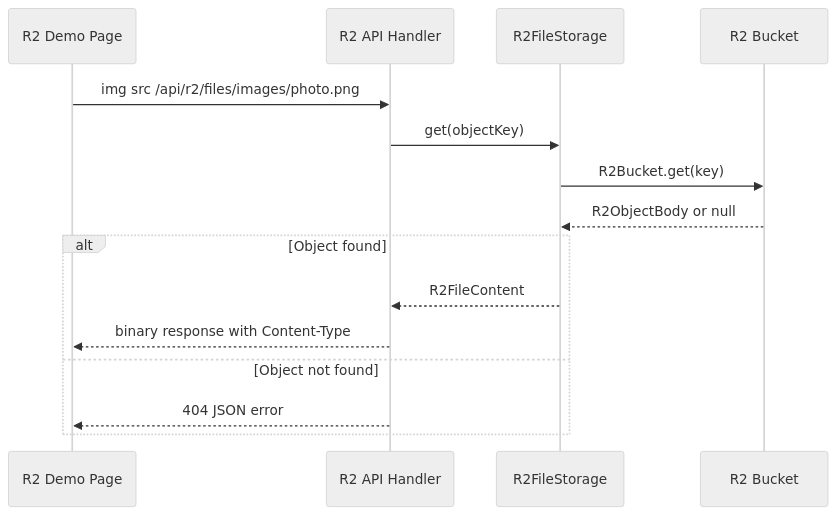
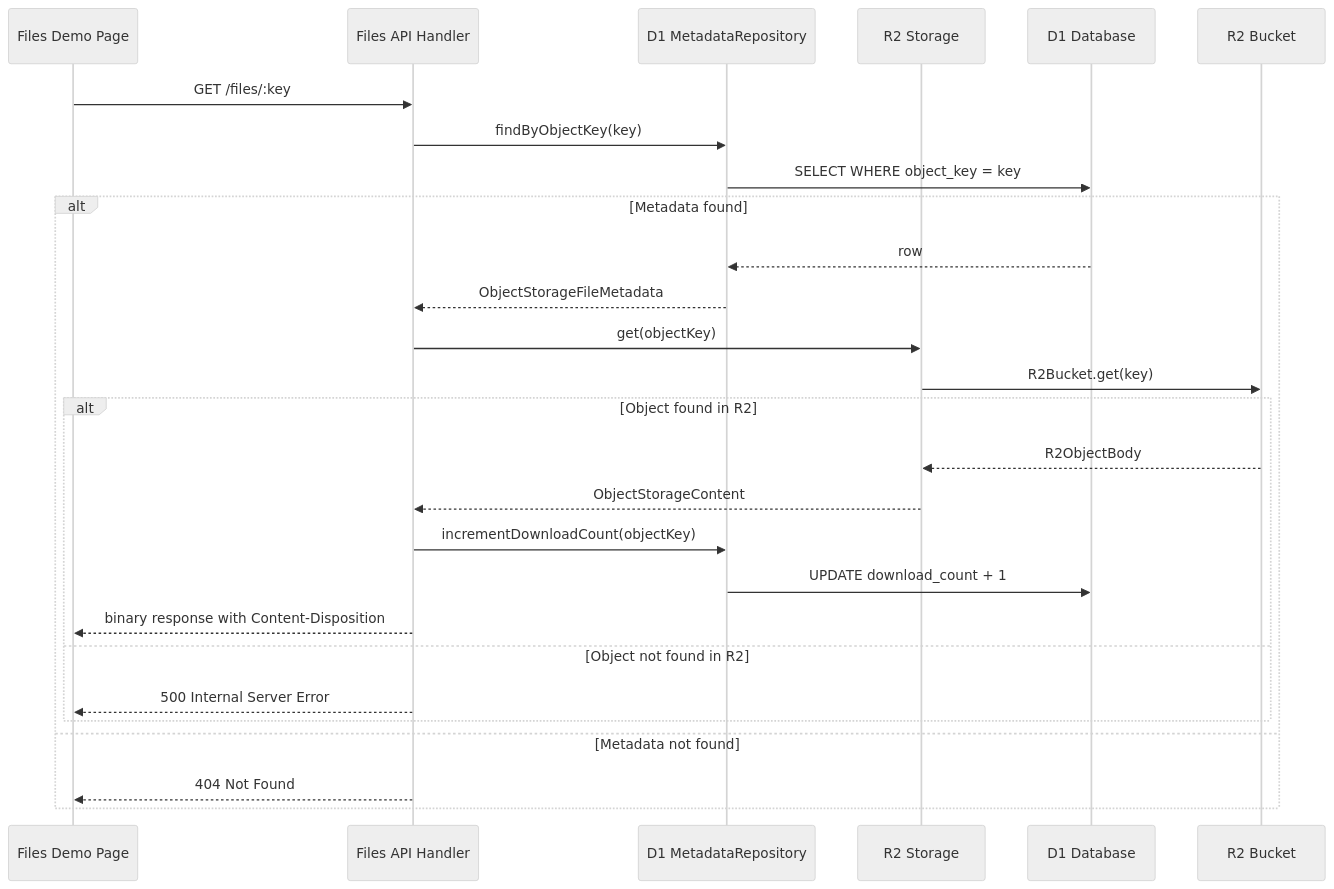
Before and after one commit to yantene/yantene.net: the third of 5 diagrams in .kiro/specs/r2-download-demo/design.md, drawn with Mermaid (neutral theme). The commit also changed other lines of this file and 2 other files, not shown here.

Commit message:
ドメイン層命名を object-storage に統一 + 設計フェーズ完了

````diff
--- a/.kiro/specs/r2-download-demo/design.md
+++ b/.kiro/specs/r2-download-demo/design.md
@@ -129,18 +124,30 @@
 ```mermaid
 sequenceDiagram
-    participant Browser as R2 Demo Page
-    participant Handler as R2 API Handler
-    participant Storage as R2FileStorage
+    participant Browser as Files Demo Page
+    participant Handler as Files API Handler
+    participant MetaRepo as D1 MetadataRepository
+    participant Storage as R2 Storage
+    participant D1 as D1 Database
     participant R2 as R2 Bucket
 
-    Browser->>Handler: img src /api/r2/files/images/photo.png
-    Handler->>Storage: get(objectKey)
-    Storage->>R2: R2Bucket.get(key)
-    R2-->>Storage: R2ObjectBody or null
-    alt Object found
-        Storage-->>Handler: R2FileContent
-        Handler-->>Browser: binary response with Content-Type
-    else Object not found
-        Handler-->>Browser: 404 JSON error
+    Browser->>Handler: GET /files/:key
+    Handler->>MetaRepo: findByObjectKey(key)
+    MetaRepo->>D1: SELECT WHERE object_key = key
+    alt Metadata found
+        D1-->>MetaRepo: row
+        MetaRepo-->>Handler: ObjectStorageFileMetadata
+        Handler->>Storage: get(objectKey)
+        Storage->>R2: R2Bucket.get(key)
+        alt Object found in R2
+            R2-->>Storage: R2ObjectBody
+            Storage-->>Handler: ObjectStorageContent
+            Handler->>MetaRepo: incrementDownloadCount(objectKey)
+            MetaRepo->>D1: UPDATE download_count + 1
+            Handler-->>Browser: binary response with Content-Disposition
+        else Object not found in R2
+            Handler-->>Browser: 500 Internal Server Error
+        end
+    else Metadata not found
+        Handler-->>Browser: 404 Not Found
     end
 ```
````
